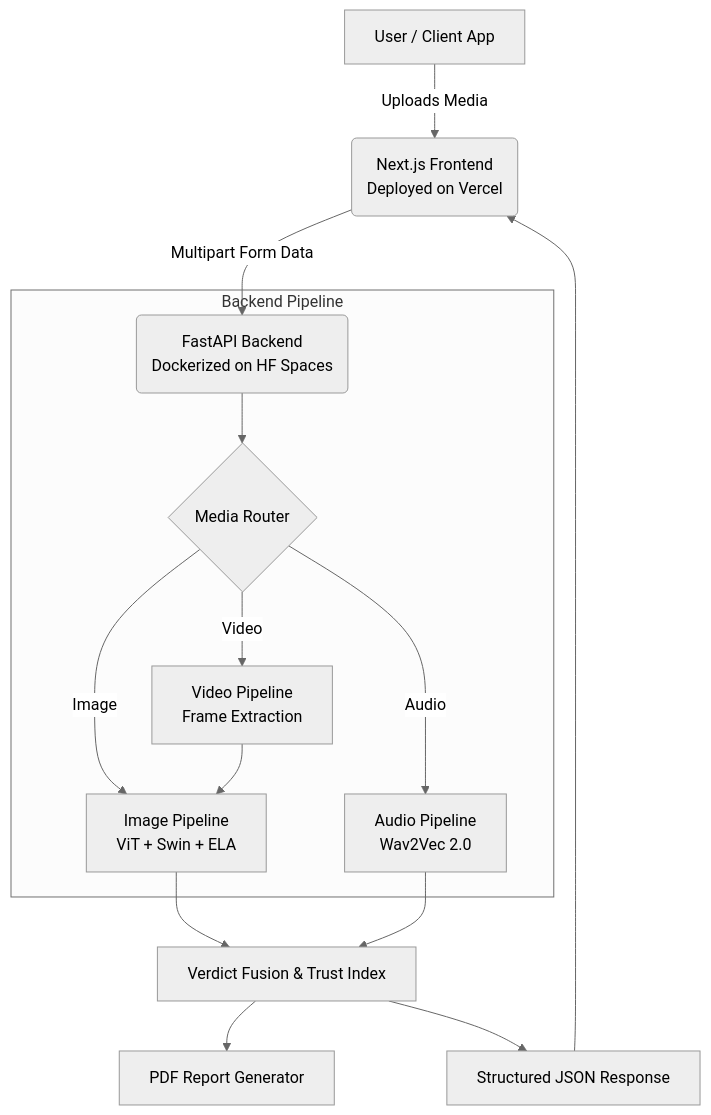
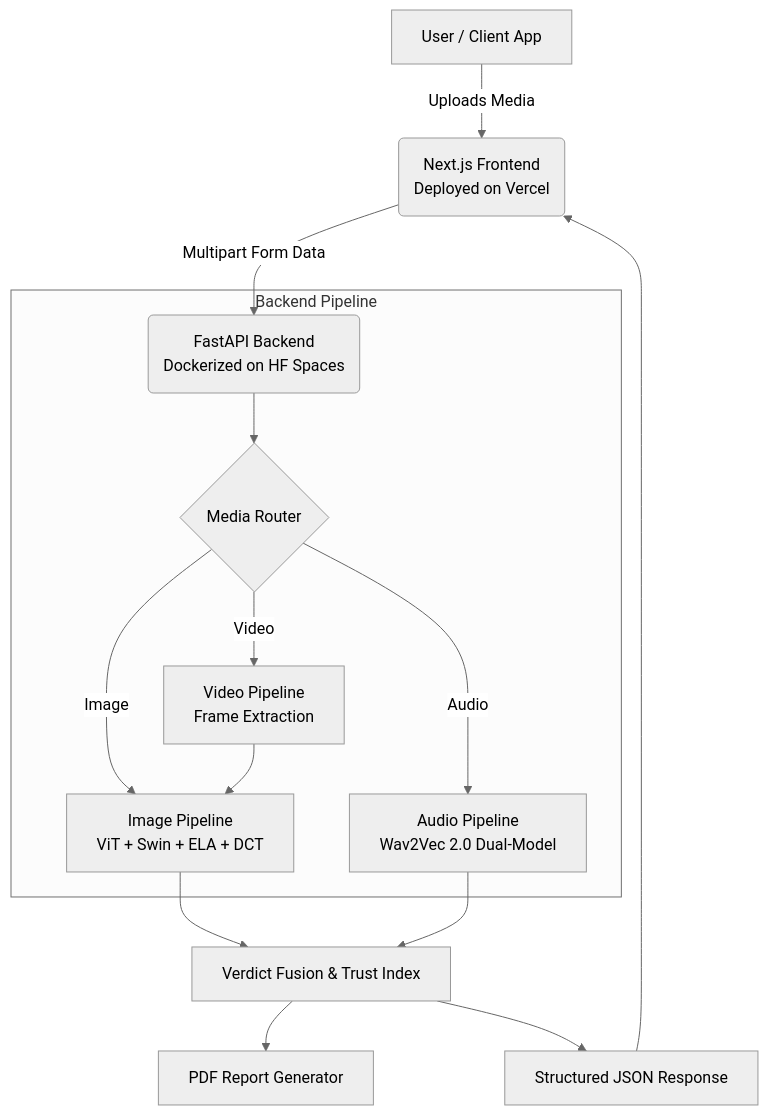
Before and after one commit to ayush-writes-code/Tattva.ai: the diagram in README.md, drawn with Mermaid (neutral theme). The commit also changed other lines of this file and 4 other files, not shown here.

````diff
--- a/README.md
+++ b/README.md
@@ -43,21 +46,21 @@
 ```mermaid
 graph TD
     Client[User / Client App] -->|Uploads Media| Frontend(Next.js Frontend\nDeployed on Vercel)
     Frontend -->|Multipart Form Data| Backend(FastAPI Backend\nDockerized on HF Spaces)
     
     subgraph Backend Pipeline
         Backend --> Router{Media Router}
-        Router -->|Image| ID[Image Pipeline\nViT + Swin + ELA]
+        Router -->|Image| ID[Image Pipeline\nViT + Swin + ELA + DCT]
         Router -->|Video| VD[Video Pipeline\nFrame Extraction]
-        Router -->|Audio| AD[Audio Pipeline\nWav2Vec 2.0]
+        Router -->|Audio| AD[Audio Pipeline\nWav2Vec 2.0 Dual-Model]
         
         VD --> ID
     end
     
     ID --> Fusion[Verdict Fusion & Trust Index]
     AD --> Fusion
     
     Fusion --> Report[PDF Report Generator]
     Fusion --> JSON[Structured JSON Response]
     JSON --> Frontend
 ```
````
